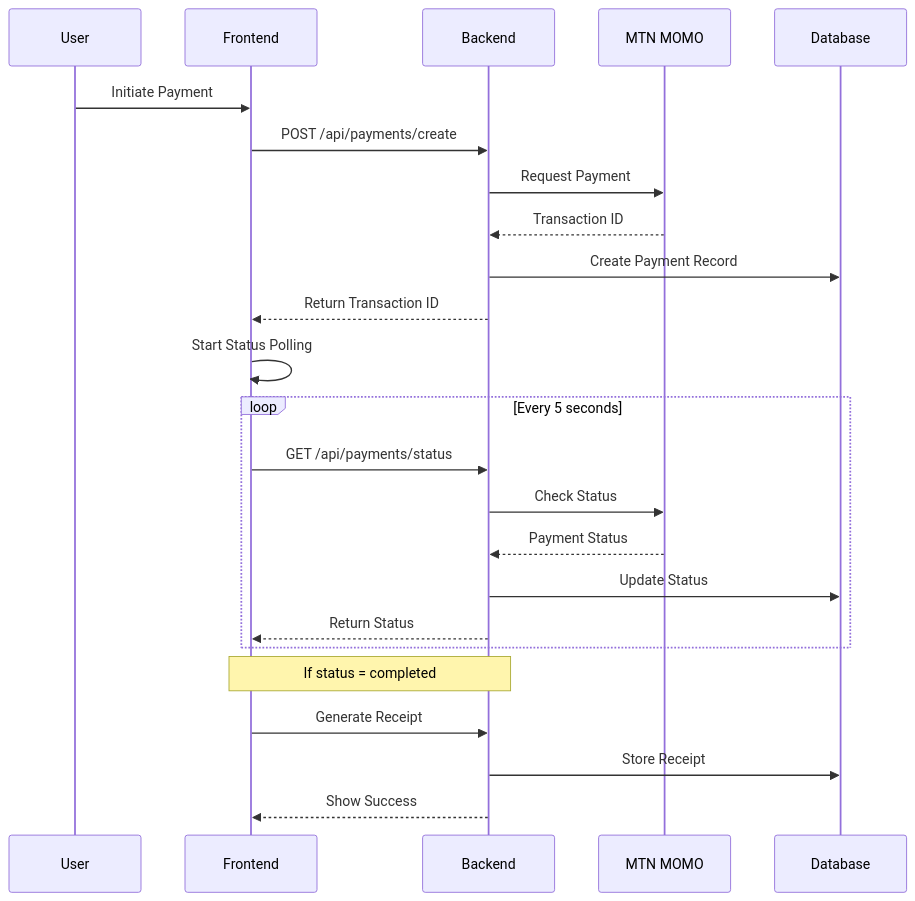
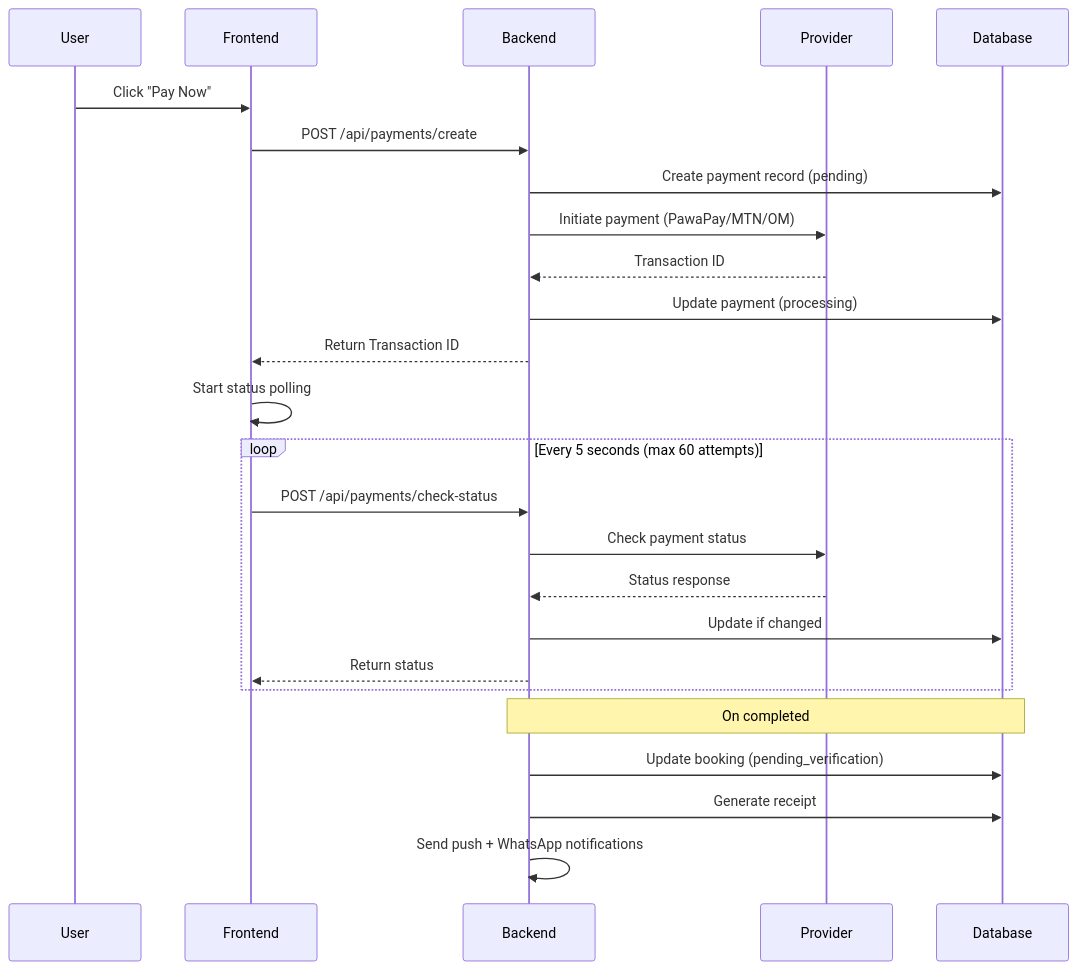
Before and after one commit to JospenWolongwo/pikdrive: the first of 3 diagrams in docs/payments/payment-flow.md, drawn with Mermaid. The commit also changed other lines of this file and 64 other files, not shown here.

````diff
--- a/docs/payments/payment-flow.md
+++ b/docs/payments/payment-flow.md
@@ -7,29 +5,30 @@
 ```mermaid
 sequenceDiagram
     participant U as User
     participant F as Frontend
     participant B as Backend
-    participant M as MTN MOMO
+    participant P as Provider
     participant D as Database
 
-    U->>F: Initiate Payment
+    U->>F: Click "Pay Now"
     F->>B: POST /api/payments/create
-    B->>M: Request Payment
-    M-->>B: Transaction ID
-    B->>D: Create Payment Record
+    B->>D: Create payment record (pending)
+    B->>P: Initiate payment (PawaPay/MTN/OM)
+    P-->>B: Transaction ID
+    B->>D: Update payment (processing)
     B-->>F: Return Transaction ID
-    F->>F: Start Status Polling
-    
-    loop Every 5 seconds
-        F->>B: GET /api/payments/status
-        B->>M: Check Status
-        M-->>B: Payment Status
-        B->>D: Update Status
-        B-->>F: Return Status
+    F->>F: Start status polling
+
+    loop Every 5 seconds (max 60 attempts)
+        F->>B: POST /api/payments/check-status
+        B->>P: Check payment status
+        P-->>B: Status response
+        B->>D: Update if changed
+        B-->>F: Return status
     end
 
-    Note over F,B: If status = completed
-    F->>B: Generate Receipt
-    B->>D: Store Receipt
-    B-->>F: Show Success
+    Note over B,D: On completed
+    B->>D: Update booking (pending_verification)
+    B->>D: Generate receipt
+    B->>B: Send push + WhatsApp notifications
 ```
````
